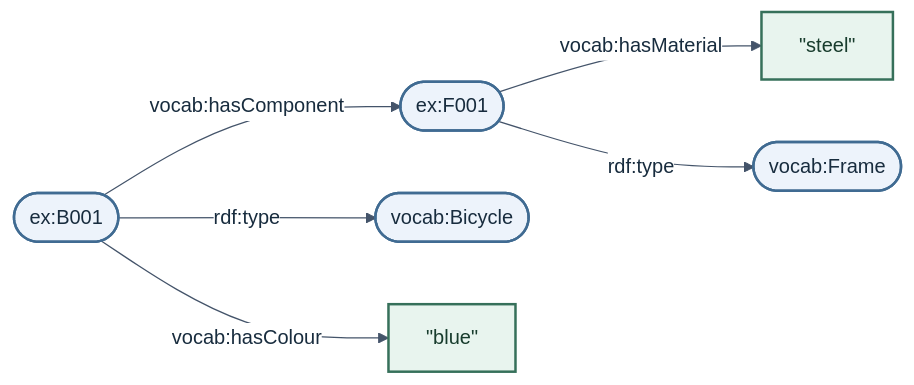
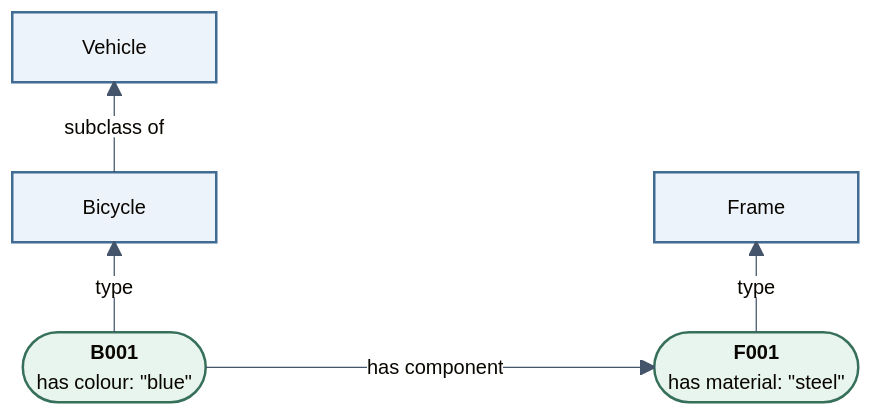
One commit to TDCC-NES/ontology-training changed the diagram in book/curriculum/linked-data-foundations.md. Above: the diagram before and after it, drawn with Mermaid. The commit also changed other lines of this file and 1 other file, not shown here.

````diff
--- a/book/curriculum/linked-data-foundations.md
+++ b/book/curriculum/linked-data-foundations.md
@@ -54,27 +35,26 @@
 ```mermaid
 ---
 name: bicycle-rdf-graph
 align: center
-caption: Five RDF statements about B001 and F001. Prefixes abbreviate the IRIs; quoted values are literals.
-alt: B001 has component F001 and has colour blue. F001 has material steel. B001 has type Bicycle and F001 has type Frame.
+caption: Six RDF statements. Classes have square corners; instances have rounded corners.
+alt: B001 has component F001 and has colour blue. F001 has material steel. B001 has type Bicycle and F001 has type Frame. Bicycle is a subclass of Vehicle.
 ---
 %%{init: {"theme": "base", "themeVariables": {"darkMode": false, "background": "#ffffff", "lineColor": "#44546a", "textColor": "#182c3e", "primaryTextColor": "#182c3e", "edgeLabelBackground": "#ffffff"}, "themeCSS": "& { background-color: #ffffff !important; } .edgeLabel, .edgeLabel p { color: #182c3e !important; }"}}%%
-flowchart LR
-    B001(["ex:B001"])
-    F001(["ex:F001"])
-    Bicycle(["vocab:Bicycle"])
-    Frame(["vocab:Frame"])
-    Blue["&quot;blue&quot;"]
-    Steel["&quot;steel&quot;"]
+block-beta
+    columns 4
+    Vehicle["Vehicle"] space:3
+    space:4
+    Bicycle["Bicycle"] space:2 Frame["Frame"]
+    space:4
+    B001(["<b>B001</b><br/>has colour: &quot;blue&quot;"]) space:2 F001(["<b>F001</b><br/>has material: &quot;steel&quot;"])
 
-    B001 -->|vocab:hasComponent| F001
-    B001 -->|vocab:hasColour| Blue
-    F001 -->|vocab:hasMaterial| Steel
-    B001 -->|rdf:type| Bicycle
-    F001 -->|rdf:type| Frame
+    Bicycle -- "subclass of" --> Vehicle
+    B001 -- "type" --> Bicycle
+    F001 -- "type" --> Frame
+    B001 -- "has component" --> F001
 
     classDef resource fill:#edf3fb,stroke:#406b92,color:#182c3e,stroke-width:2px
-    classDef literal fill:#e8f4ee,stroke:#36705a,color:#183c2d,stroke-width:2px
-    class B001,F001,Bicycle,Frame resource
-    class Blue,Steel literal
+    classDef instance fill:#e8f4ee,stroke:#36705a,color:#183c2d,stroke-width:2px
+    class Vehicle,Bicycle,Frame resource
+    class B001,F001 instance
 ```
````
